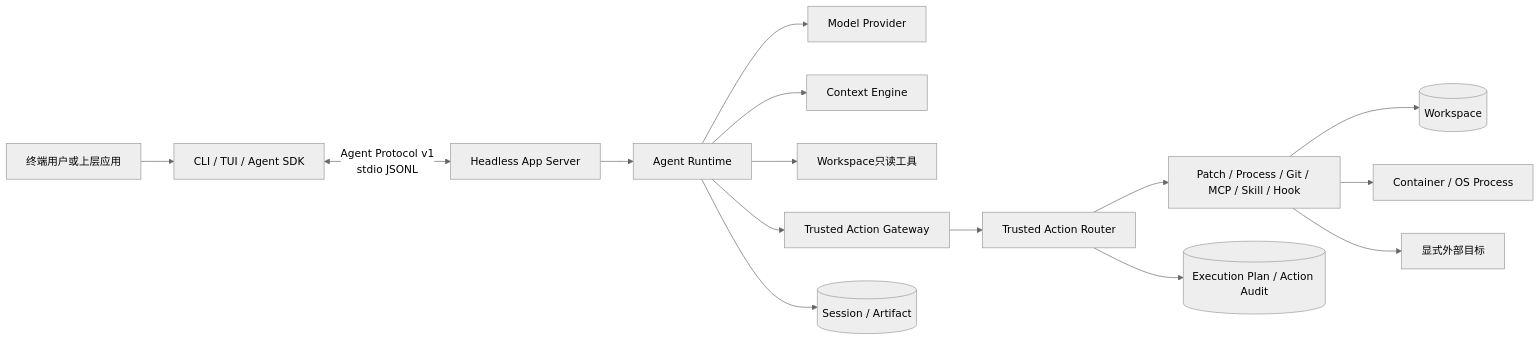
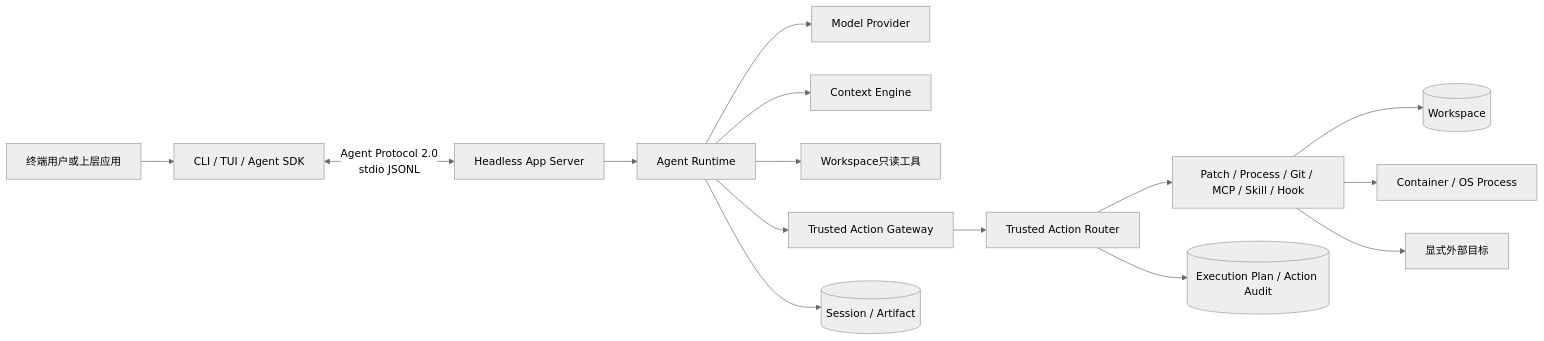
The first of 7 diagrams in docs/architecture.md (carrie1988/Harnessix), drawn with Mermaid (neutral theme) before and after one commit. The commit also changed other lines of this file and 99 other files, not shown here.

Commit message:
feat: 实现 R3 不可执行工具拒绝与 Agent Protocol 2.0

````diff
--- a/docs/architecture.md
+++ b/docs/architecture.md
@@ -164,17 +164,17 @@
 ```mermaid
 flowchart LR
     User[终端用户或上层应用] --> Client[CLI / TUI / Agent SDK]
-    Client <-->|Agent Protocol v1<br/>stdio JSONL| Server[Headless App Server]
+    Client <-->|Agent Protocol 2.0<br/>stdio JSONL| Server[Headless App Server]
     Server --> Agent[Agent Runtime]
     Agent --> Provider[Model Provider]
     Agent --> Context[Context Engine]
     Agent --> ReadTools[Workspace只读工具]
     Agent --> Gateway[Trusted Action Gateway]
     Gateway --> Router[Trusted Action Router]
     Router --> Executors[Patch / Process / Git / MCP / Skill / Hook]
     Executors --> Workspace[(Workspace)]
     Executors --> Container[Container / OS Process]
     Executors --> External[显式外部目标]
     Agent --> State[(Session / Artifact)]
     Router --> Plans[(Execution Plan / Action Audit)]
 ```
````
